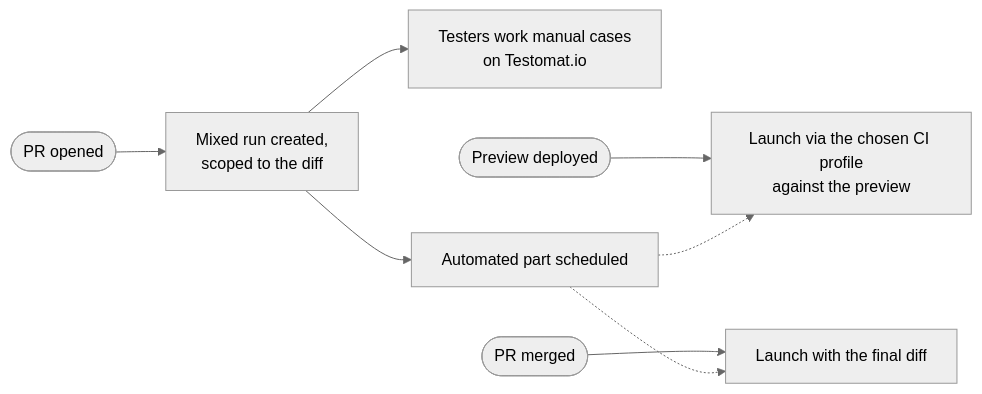
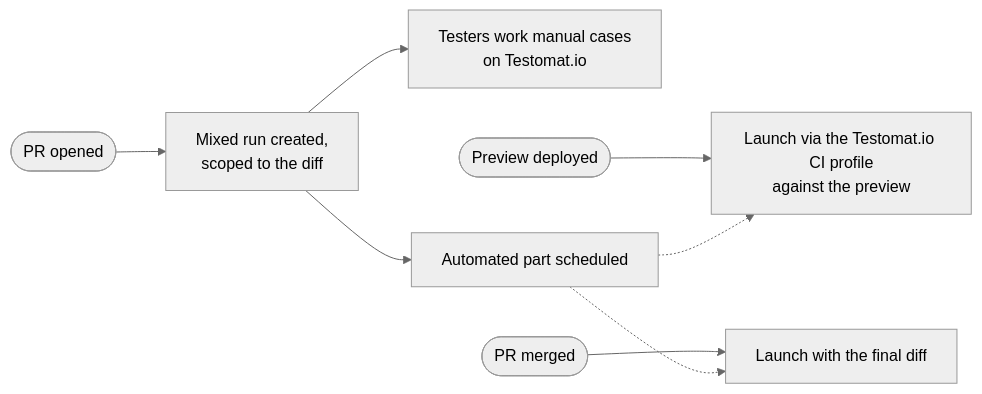
Before and after one commit to testomatio/skills: the second of 2 diagrams in skills/setup-pr-testing/SKILL.md, drawn with Mermaid (neutral theme). The commit also changed other lines of this file and 1 other file, not shown here.

First line of the commit message:
Harden dialogue rules: diagram gates and full Testomat.io CI profile term

````diff
--- a/skills/setup-pr-testing/SKILL.md
+++ b/skills/setup-pr-testing/SKILL.md
@@ -111,10 +112,10 @@
 ```mermaid
 flowchart LR
     PR([PR opened]) --> RUN[Mixed run created,<br/>scoped to the diff]
     RUN --> TESTERS[Testers work manual cases<br/>on Testomat.io]
     RUN --> SCHED[Automated part scheduled]
-    PREV([Preview deployed]) --> L1[Launch via the chosen CI profile<br/>against the preview]
+    PREV([Preview deployed]) --> L1[Launch via the Testomat.io CI profile<br/>against the preview]
     MERGE([PR merged]) --> L2[Launch with the final diff]
     SCHED -.-> L1
     SCHED -.-> L2
 ```
````
